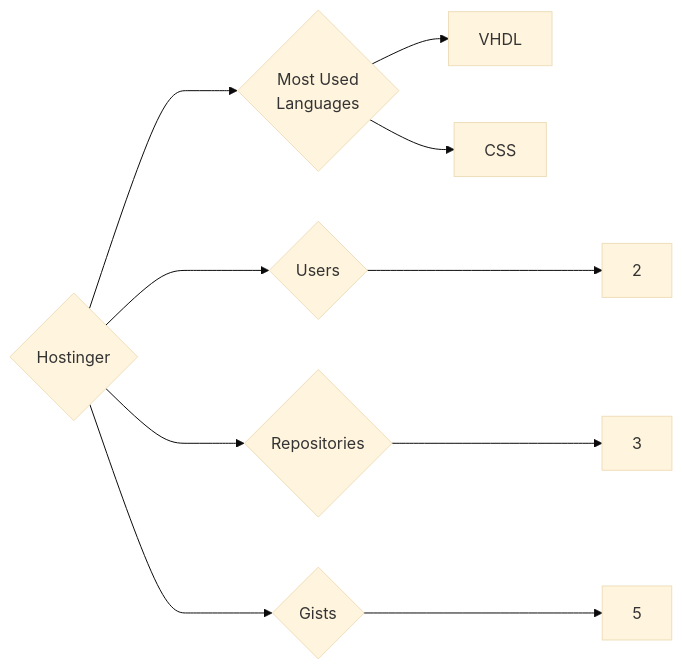
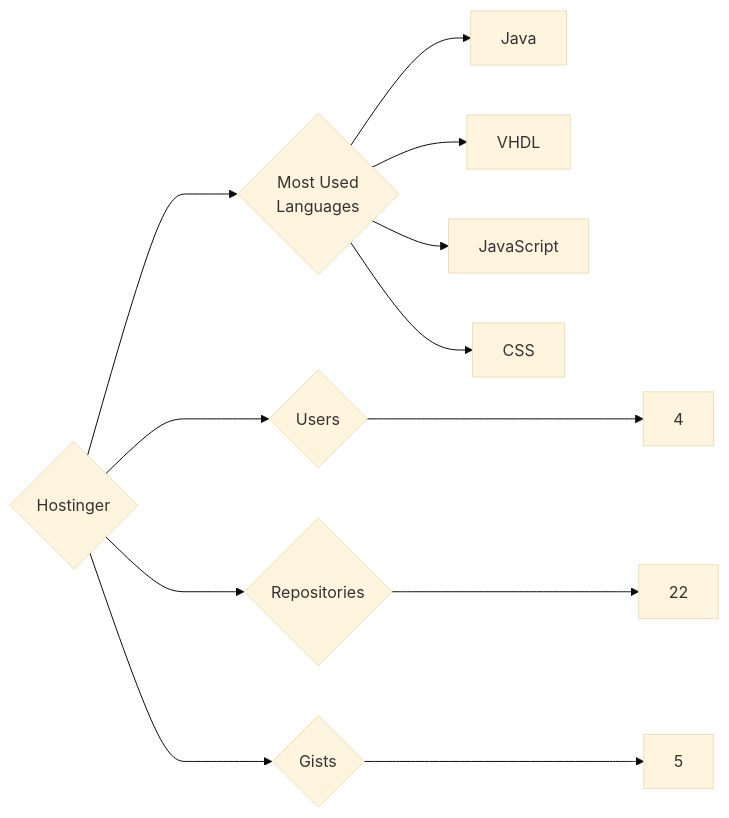
One commit to trickest/insiders changed the diagram in targets/Hostinger/README.md. Above: the diagram before and after it, drawn with Mermaid (base theme). The commit also changed 997 other files, not shown here.

````diff
--- a/targets/Hostinger/README.md
+++ b/targets/Hostinger/README.md
@@ -3,10 +3,12 @@
 ```mermaid
 graph LR
 COMPANY_NAME{Hostinger}
-COMPANY_NAME ---> U{Users} ---> UN[2]
-COMPANY_NAME ---> R{Repositories} ---> RN[3]
+COMPANY_NAME ---> U{Users} ---> UN[4]
+COMPANY_NAME ---> R{Repositories} ---> RN[22]
 COMPANY_NAME ---> G{Gists} ---> GN[5]
 COMPANY_NAME ---> ML{Most Used<br>Languages}
+ML --> Java[Java]
 ML --> VHDL[VHDL]
+ML --> JavaScript[JavaScript]
 ML --> CSS[CSS]
 ```
````
